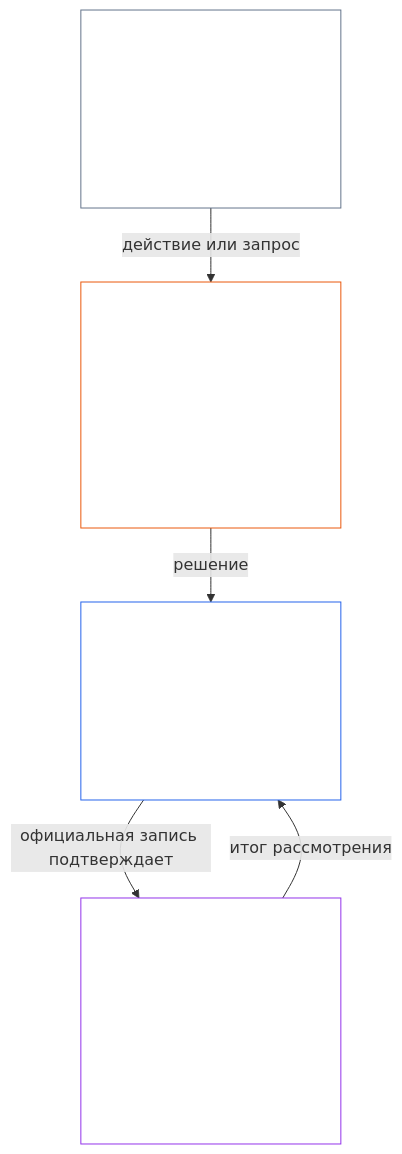
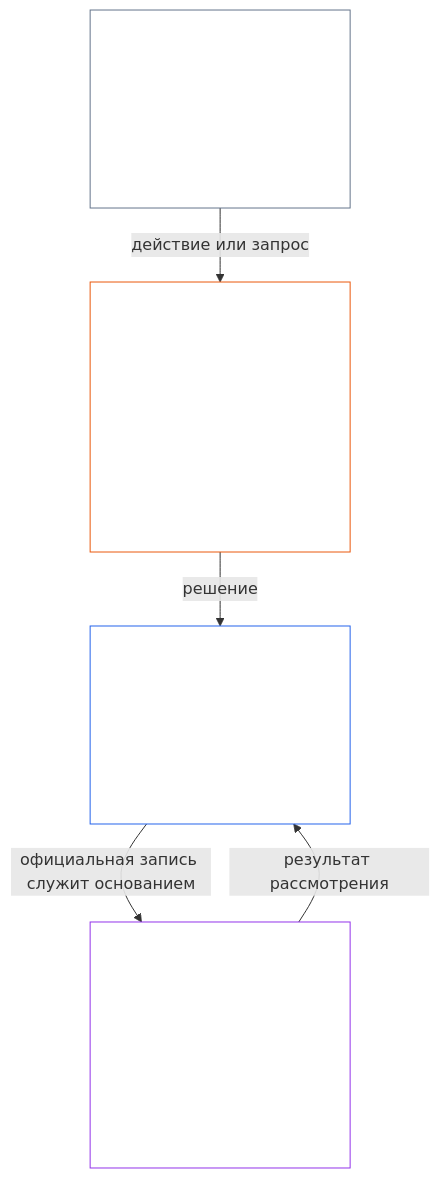
Before and after one commit to kfoelsch/Sentient_Constitution: the first of 2 diagrams in project/translation_drafts/2026-11-26/ch00_ch01_resync/ru__core_01.000_constitutional_map.md, drawn with Mermaid. The commit also changed other lines of this file and 22 other files, not shown here.

````diff
--- a/project/translation_drafts/2026-11-26/ch00_ch01_resync/ru__core_01.000_constitutional_map.md
+++ b/project/translation_drafts/2026-11-26/ch00_ch01_resync/ru__core_01.000_constitutional_map.md
@@ -222,15 +192,15 @@
 ```mermaid
 flowchart TB
-    I["Место инициирования<br/><br/>Запрашивает, предлагает, действует,<br/>заявляет или начинает действие"]
-    V["Место проверки или авторизации<br/><br/>Проверяет доказательства и полномочия;<br/>проверяет, разрешает, отклоняет или ставит условия"]
-    R["Место хранения официальной записи<br/><br/>Вносит, изменяет, сохраняет<br/>и публикует Запись о действии"]
-    C["Место рассмотрения оспаривания<br/><br/>Принимает и рассматривает оспаривания;<br/>исправляет, ограничивает или направляет"]
+    I["Место инициирования<br/><br/>Запрашивает, предлагает, осуществляет,<br/>заявляет или начинает действие"]
+    V["Место проверки/утверждения<br/><br/>Проверяет доказательства и полномочия;<br/>проверяет, утверждает, отклоняет или ставит условия"]
+    R["Место хранения официальной записи<br/><br/>Вносит, изменяет, сохраняет<br/>и публикует запись акта"]
+    C["Место рассмотрения оспариваний<br/><br/>Принимает и рассматривает оспаривания;<br/>исправляет, ограничивает или направляет"]
     I -->|действие или запрос| V
     V -->|решение| R
-    R -->|официальная запись подтверждает| C
-    C -->|итог рассмотрения| R
+    R -->|официальная запись служит основанием| C
+    C -->|результат рассмотрения| R
     style I fill:none,stroke:#64748b,color:#ffffff
     style V fill:none,stroke:#ea580c,color:#ffffff
     style R fill:none,stroke:#2563eb,color:#ffffff
     style C fill:none,stroke:#9333ea,color:#ffffff
 ```
````
